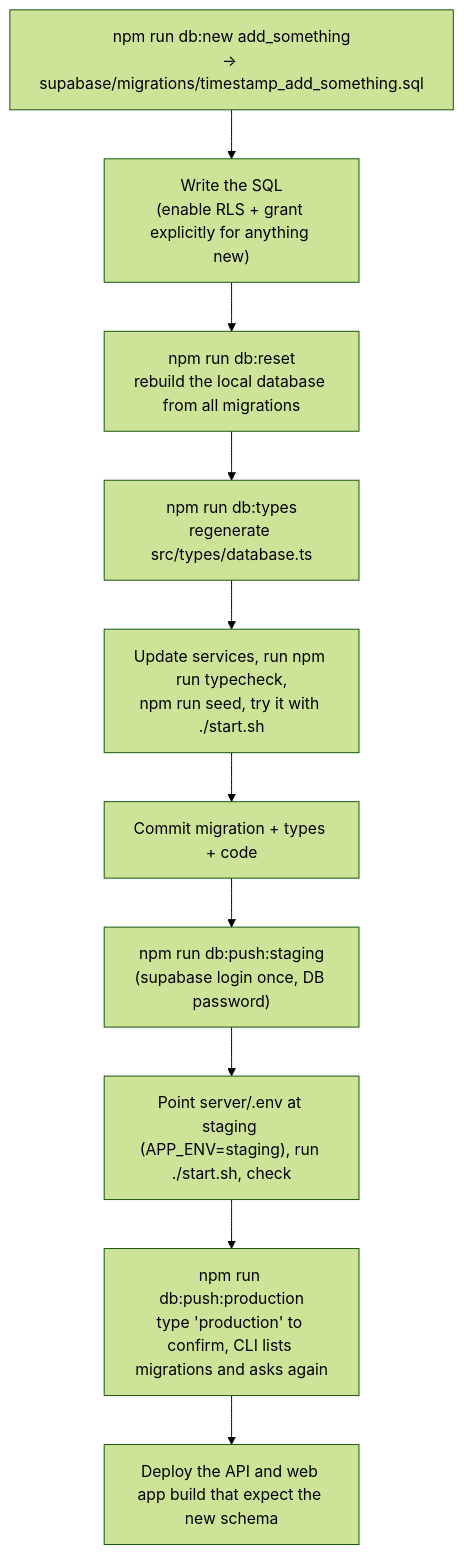
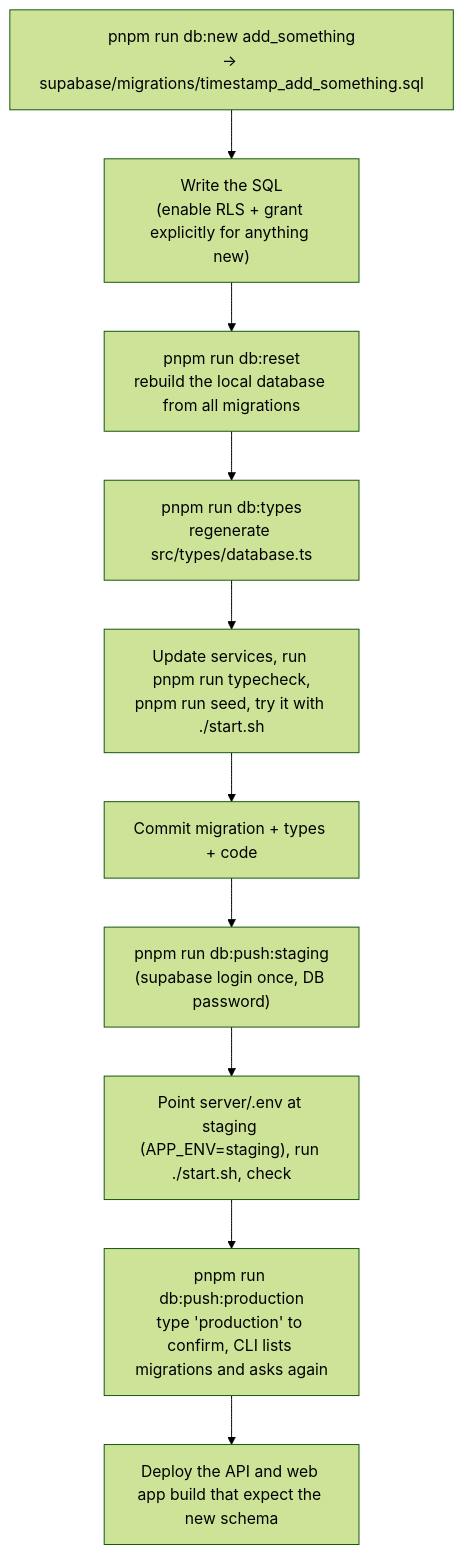
One commit to The-KhaNha/KhaNha changed the first of 4 diagrams in docs/DEPLOYMENT.md. Above: the diagram before and after it, drawn with Mermaid (forest theme). The commit also changed other lines of this file and 86 other files, not shown here.

````diff
--- a/docs/DEPLOYMENT.md
+++ b/docs/DEPLOYMENT.md
@@ -139,12 +139,12 @@
 ```mermaid
 flowchart TD
-  New["npm run db:new add_something<br/>→ supabase/migrations/timestamp_add_something.sql"] --> Write["Write the SQL<br/>(enable RLS + grant explicitly for anything new)"]
-  Write --> Reset["npm run db:reset<br/>rebuild the local database from all migrations"]
-  Reset --> Types["npm run db:types<br/>regenerate src/types/database.ts"]
-  Types --> Code["Update services, run npm run typecheck,<br/>npm run seed, try it with ./start.sh"]
+  New["pnpm run db:new add_something<br/>→ supabase/migrations/timestamp_add_something.sql"] --> Write["Write the SQL<br/>(enable RLS + grant explicitly for anything new)"]
+  Write --> Reset["pnpm run db:reset<br/>rebuild the local database from all migrations"]
+  Reset --> Types["pnpm run db:types<br/>regenerate src/types/database.ts"]
+  Types --> Code["Update services, run pnpm run typecheck,<br/>pnpm run seed, try it with ./start.sh"]
   Code --> PR["Commit migration + types + code"]
-  PR --> Stg["npm run db:push:staging<br/>(supabase login once, DB password)"]
+  PR --> Stg["pnpm run db:push:staging<br/>(supabase login once, DB password)"]
   Stg --> Verify["Point server/.env at staging (APP_ENV=staging), run ./start.sh, check"]
-  Verify --> Prod["npm run db:push:production<br/>type 'production' to confirm, CLI lists migrations and asks again"]
+  Verify --> Prod["pnpm run db:push:production<br/>type 'production' to confirm, CLI lists migrations and asks again"]
   Prod --> Deploy["Deploy the API and web app build that expect the new schema"]
 ```
````
